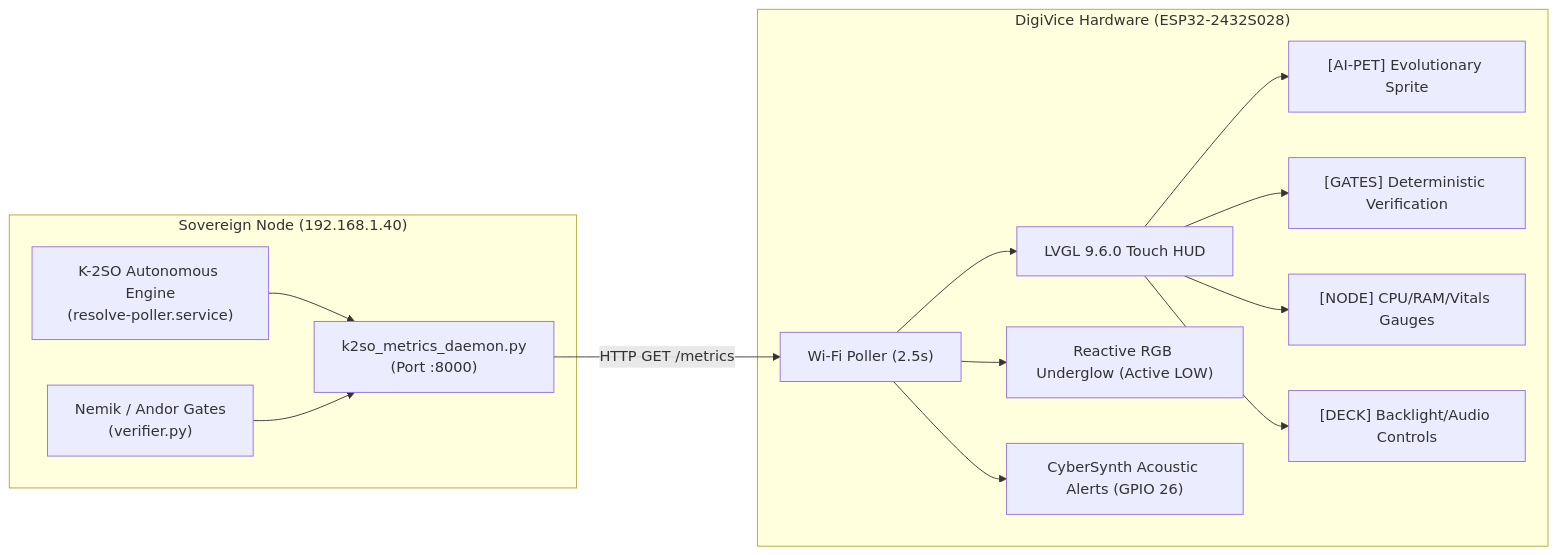
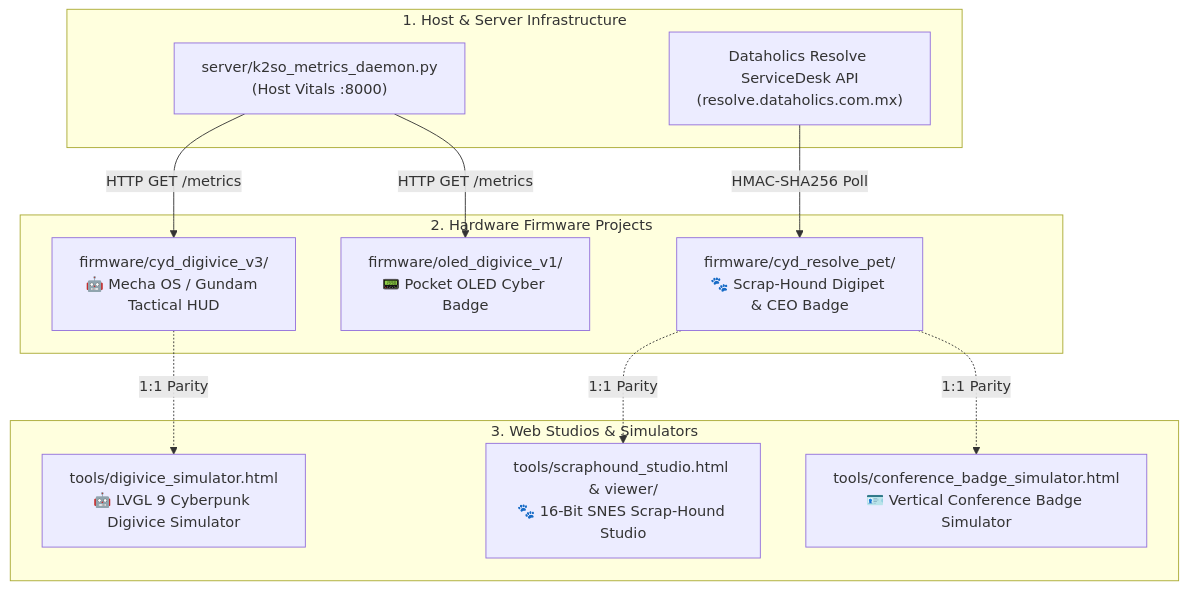
Before and after one commit to DEV-Dataholics/DigiVice: the diagram in README.md, drawn with Mermaid. The commit also changed other lines of this file and 1 other file, not shown here.

Commit message:
docs: establish comprehensive project breakdown across all firmwares, tools, and daemons

````diff
--- a/README.md
+++ b/README.md
@@ -29,22 +36,27 @@
 ```mermaid
-flowchart LR
-    subgraph Host["Sovereign Node (192.168.1.40)"]
-        K2SO["K-2SO Autonomous Engine\n(resolve-poller.service)"]
-        CRUCIBLE["Nemik / Andor Gates\n(verifier.py)"]
-        DAEMON["k2so_metrics_daemon.py\n(Port :8000)"]
-        K2SO --> DAEMON
-        CRUCIBLE --> DAEMON
+flowchart TD
+    subgraph BACKEND["1. Host & Server Infrastructure"]
+        DAEMON["server/k2so_metrics_daemon.py\n(Host Vitals :8000)"]
+        RESOLVE["Dataholics Resolve ServiceDesk API\n(resolve.dataholics.com.mx)"]
     end
 
-    subgraph Hardware["DigiVice Hardware (ESP32-2432S028)"]
-        WIFI["Wi-Fi Poller (2.5s)"] --> LVGL["LVGL 9.6.0 Touch HUD"]
-        LVGL --> DECK1["[AI-PET] Evolutionary Sprite"]
-        LVGL --> DECK2["[GATES] Deterministic Verification"]
-        LVGL --> DECK3["[NODE] CPU/RAM/Vitals Gauges"]
-        LVGL --> DECK4["[DECK] Backlight/Audio Controls"]
-        WIFI --> LED["Reactive RGB Underglow (Active LOW)"]
-        WIFI --> AUDIO["CyberSynth Acoustic Alerts (GPIO 26)"]
+    subgraph FIRMWARE["2. Hardware Firmware Projects"]
+        P1["firmware/cyd_resolve_pet/\n🐾 Scrap-Hound Digipet & CEO Badge"]
+        P2["firmware/cyd_digivice_v3/\n🤖 Mecha OS / Gundam Tactical HUD"]
+        P3["firmware/oled_digivice_v1/\n📟 Pocket OLED Cyber Badge"]
     end
 
-    DAEMON -->|HTTP GET /metrics| WIFI
+    subgraph TOOLS["3. Web Studios & Simulators"]
+        S1["tools/scraphound_studio.html & viewer/\n🐾 16-Bit SNES Scrap-Hound Studio"]
+        S2["tools/digivice_simulator.html\n🤖 LVGL 9 Cyberpunk Digivice Simulator"]
+        S3["tools/conference_badge_simulator.html\n🪪 Vertical Conference Badge Simulator"]
+    end
+
+    RESOLVE -->|HMAC-SHA256 Poll| P1
+    DAEMON -->|HTTP GET /metrics| P2
+    DAEMON -->|HTTP GET /metrics| P3
+
+    P1 -.->|1:1 Parity| S1
+    P2 -.->|1:1 Parity| S2
+    P1 -.->|1:1 Parity| S3
 ```
````
